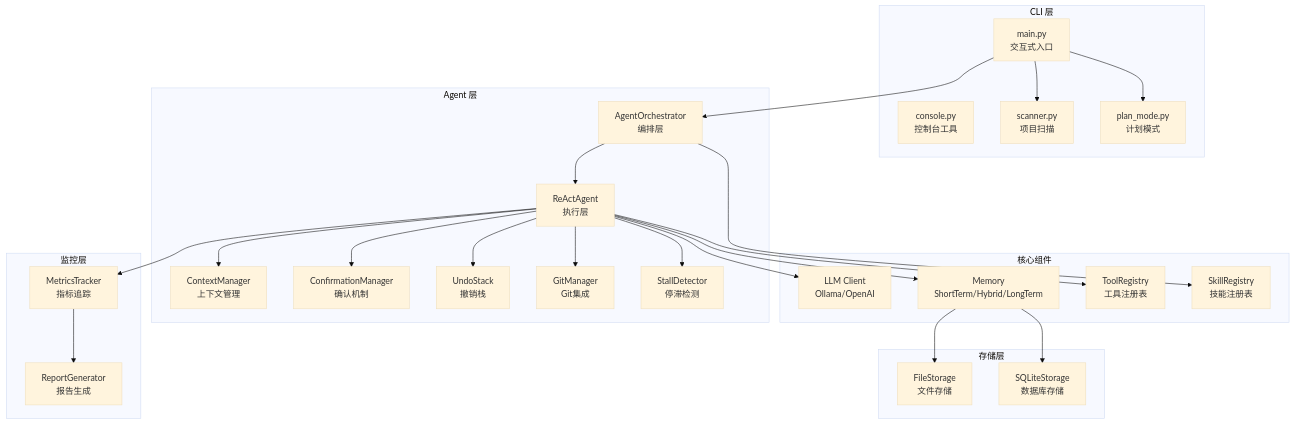
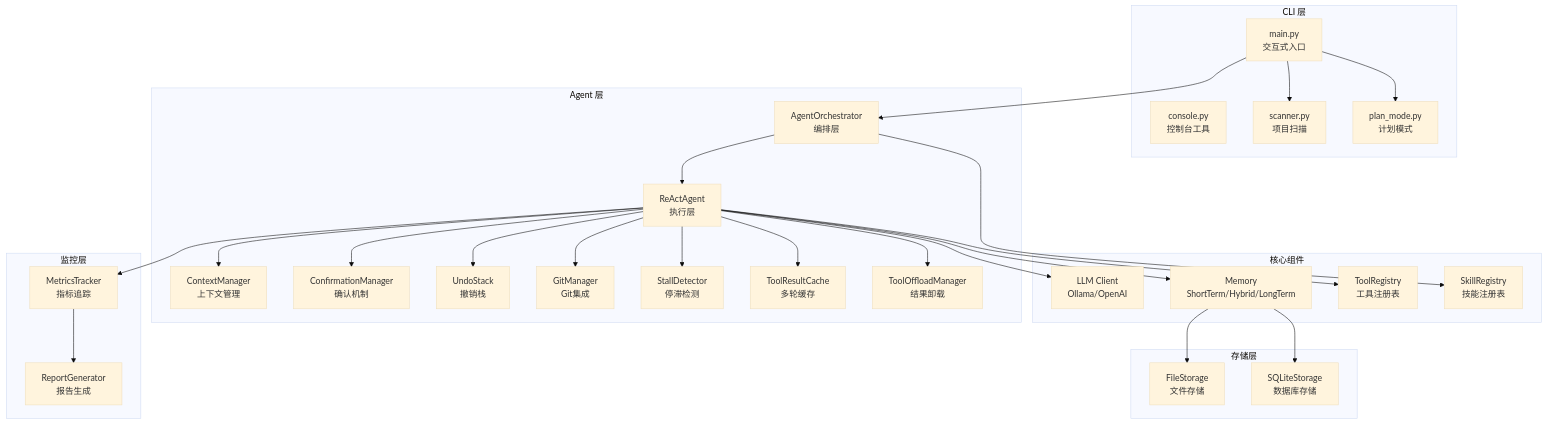
The first of 4 diagrams in docs/architecture.md (Tobytywang/NanoAgent), drawn with Mermaid (base theme) before and after one commit. The commit also changed other lines of this file and 147 other files, not shown here.

````diff
--- a/docs/architecture.md
+++ b/docs/architecture.md
@@ -7,57 +7,61 @@
 ```mermaid
 graph TB
     subgraph CLI["CLI 层"]
         MAIN[main.py<br/>交互式入口]
         CONSOLE[console.py<br/>控制台工具]
         SCANNER[scanner.py<br/>项目扫描]
         PLAN[plan_mode.py<br/>计划模式]
     end
 
     subgraph Agent["Agent 层"]
         ORCH[AgentOrchestrator<br/>编排层]
         REACT[ReActAgent<br/>执行层]
         CTX[ContextManager<br/>上下文管理]
         CONFIRM[ConfirmationManager<br/>确认机制]
         UNDO[UndoStack<br/>撤销栈]
         GIT[GitManager<br/>Git集成]
         STALL[StallDetector<br/>停滞检测]
+        CACHE[ToolResultCache<br/>多轮缓存]
+        OFFLOAD[ToolOffloadManager<br/>结果卸载]
     end
 
     subgraph Core["核心组件"]
         LLM[LLM Client<br/>Ollama/OpenAI]
         MEM[Memory<br/>ShortTerm/Hybrid/LongTerm]
         TOOLS[ToolRegistry<br/>工具注册表]
         SKILLS[SkillRegistry<br/>技能注册表]
     end
 
     subgraph Storage["存储层"]
         FILE[FileStorage<br/>文件存储]
         SQLITE[SQLiteStorage<br/>数据库存储]
     end
 
     subgraph Monitoring["监控层"]
         TRACKER[MetricsTracker<br/>指标追踪]
         REPORTER[ReportGenerator<br/>报告生成]
     end
 
     MAIN --> ORCH
     MAIN --> SCANNER
     MAIN --> PLAN
     ORCH --> REACT
     REACT --> CTX
     REACT --> CONFIRM
     REACT --> UNDO
     REACT --> GIT
     REACT --> STALL
+    REACT --> CACHE
+    REACT --> OFFLOAD
 
     REACT --> LLM
     REACT --> MEM
     REACT --> TOOLS
     ORCH --> SKILLS
 
     MEM --> FILE
     MEM --> SQLITE
 
     REACT --> TRACKER
     TRACKER --> REPORTER
 ```
````
